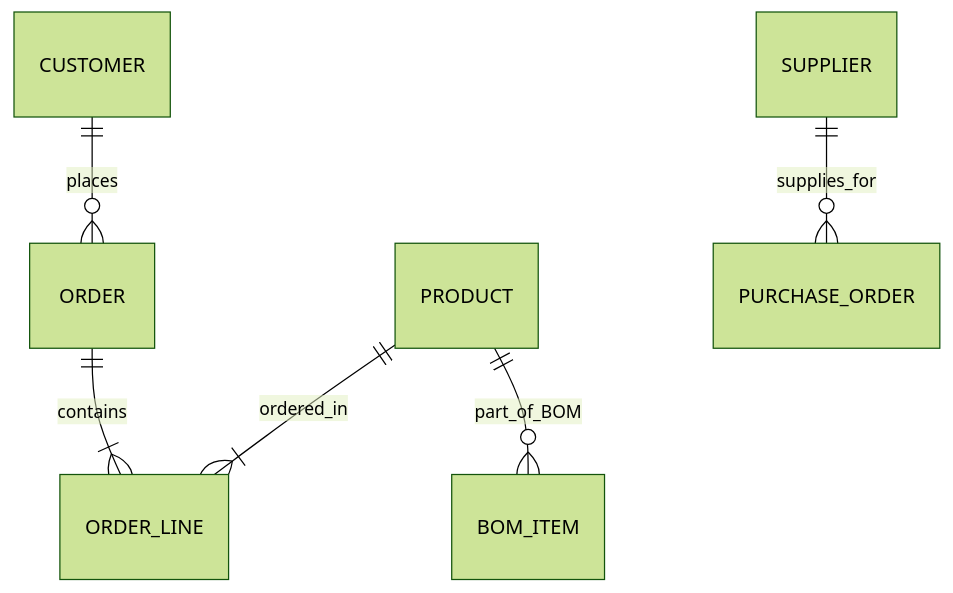
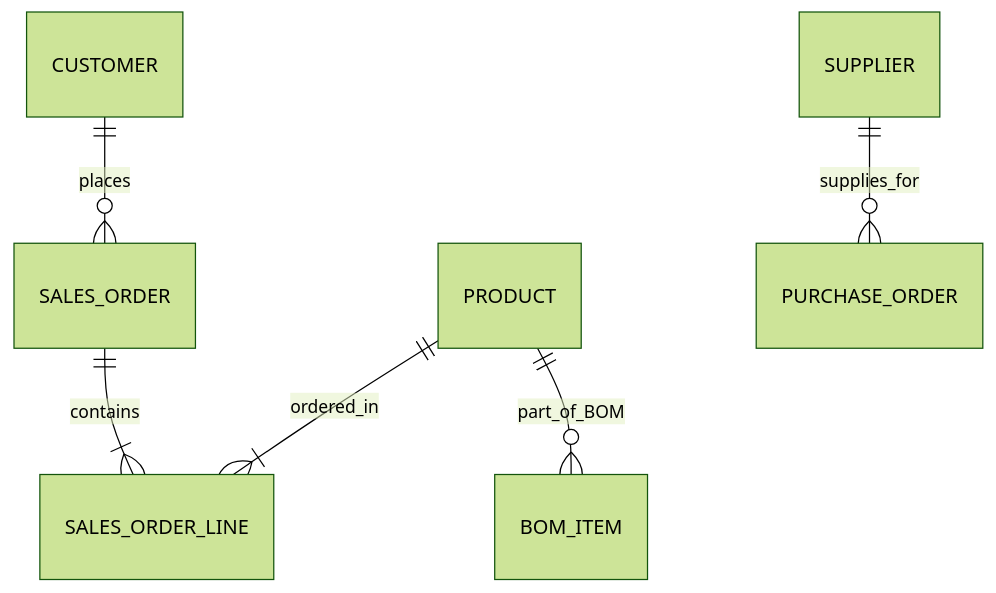
The second of 5 diagrams in spec.md (jackycj0830/studio), drawn with Mermaid (forest theme) before and after one commit. The commit also changed other lines of this file and 5 other files, not shown here.

````diff
--- a/spec.md
+++ b/spec.md
@@ -85,8 +94,8 @@
 ```mermaid
 erDiagram
-    CUSTOMER ||--o{ ORDER : places
-    ORDER ||--|{ ORDER_LINE : contains
-    PRODUCT ||--|{ ORDER_LINE : ordered_in
+    CUSTOMER ||--o{ SALES_ORDER : places
+    SALES_ORDER ||--|{ SALES_ORDER_LINE : contains
+    PRODUCT ||--|{ SALES_ORDER_LINE : ordered_in
     PRODUCT ||--o{ BOM_ITEM : part_of_BOM
     SUPPLIER ||--o{ PURCHASE_ORDER : supplies_for
 ```
````
